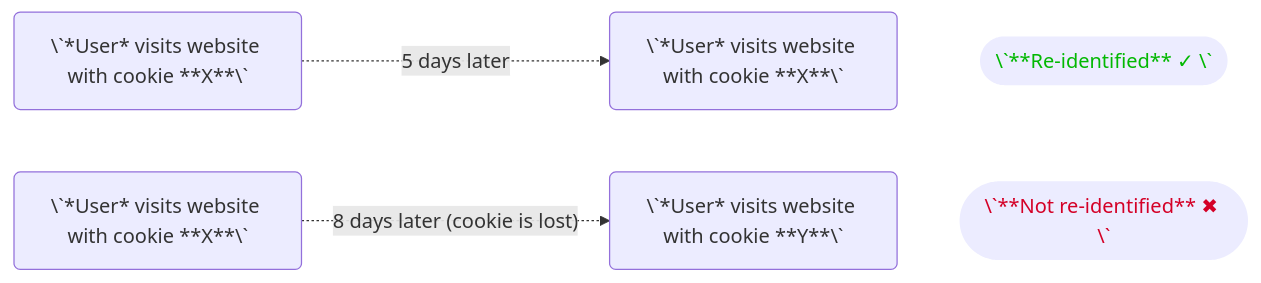
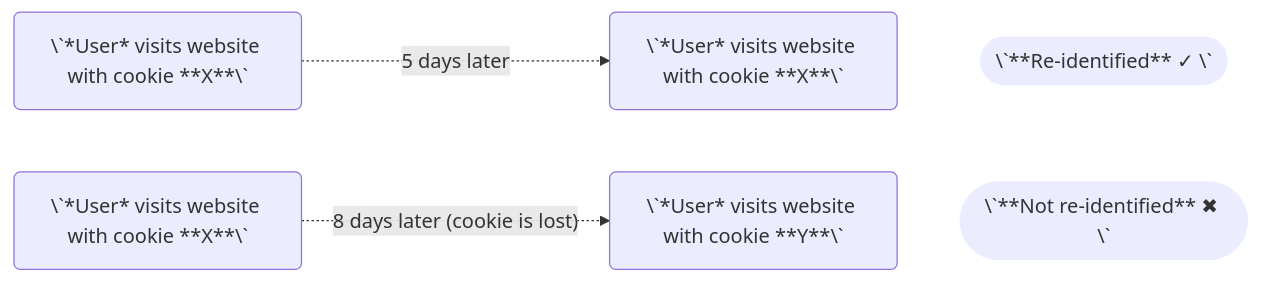
One commit to run-converge/docs-mintlify changed the third of 4 diagrams in sources/concepts/aliases.mdx. Above: the diagram before and after it, drawn with Mermaid. The commit also changed other lines of this file, not shown here.

Commit message:
dont multicolor as it breaks in dark mode

````diff
--- a/sources/concepts/aliases.mdx
+++ b/sources/concepts/aliases.mdx
@@ -118,10 +118,10 @@
 ```mermaid
 flowchart LR
   id1("\`*User* visits website with cookie **X**\`") -. 5 days later .-> id2("\`*User* visits website with cookie **X**\`") ~~~ id3(["\`**Re-identified**  ✓ \`"])
-  style id3 color:#02b802,stroke:none
+  style id3 stroke:none
 
 
   id4("\`*User* visits website with cookie **X**\`") -. 8 days later (cookie is lost).-> id5("\`*User* visits website with cookie **Y**\`") ~~~ id6(["\`**Not re-identified** ✖ \`"])
-  style id6 color:#d40027,stroke:none
+  style id6 stroke:none
 
 ```
````
